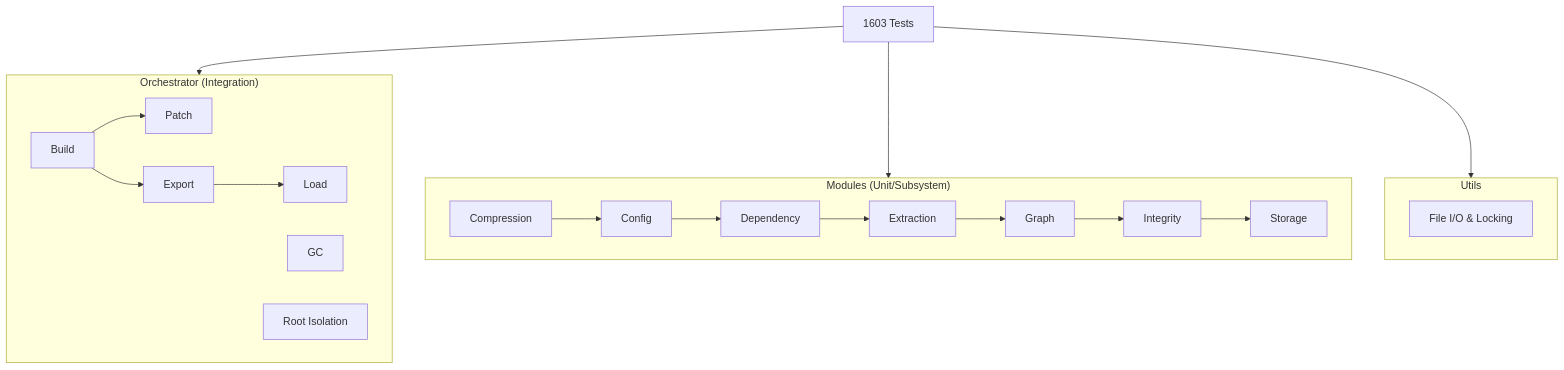
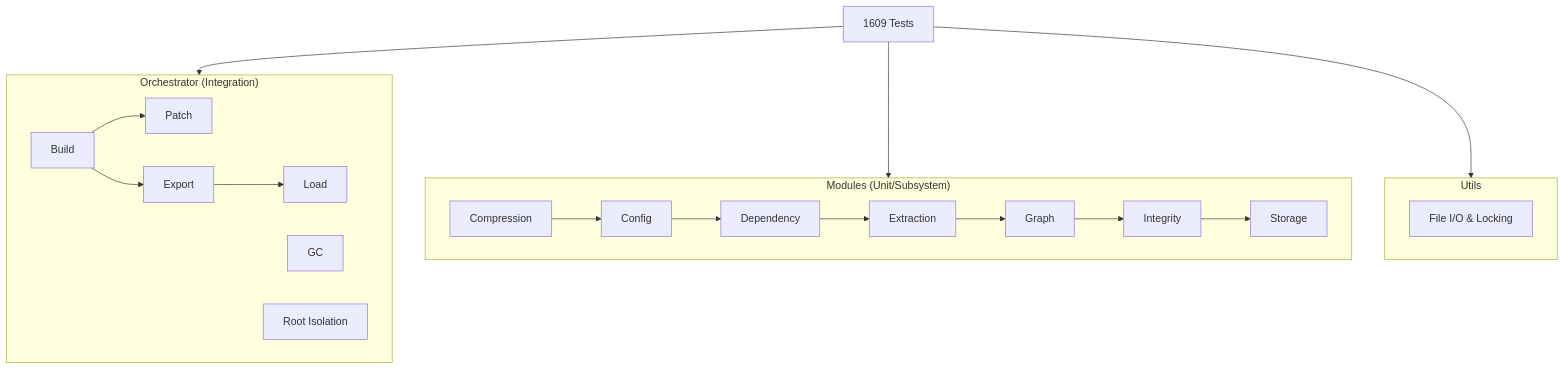
Before and after one commit to sageoz/Batho: the diagram in docs-site/docs/tests/index.md, drawn with Mermaid. The commit also changed other lines of this file and 3 other files, not shown here.

````diff
--- a/docs-site/docs/tests/index.md
+++ b/docs-site/docs/tests/index.md
@@ -47,24 +47,24 @@
 ```mermaid
 flowchart TB
     subgraph Orchestrator["Orchestrator (Integration)"]
         B[Build] --> P[Patch]
         B --> E[Export]
         E --> L[Load]
         G[GC]
         R[Root Isolation]
     end
     subgraph Modules["Modules (Unit/Subsystem)"]
         C[Compression] --> CO[Config]
         CO --> D[Dependency]
         D --> EX[Extraction]
         EX --> GR[Graph]
         GR --> I[Integrity]
         I --> S[Storage]
     end
     subgraph Utils["Utils"]
         U[File I/O & Locking]
     end
-    Suite[1603 Tests] --> Orchestrator
+    Suite[1609 Tests] --> Orchestrator
     Suite --> Modules
     Suite --> Utils
 ```
````
